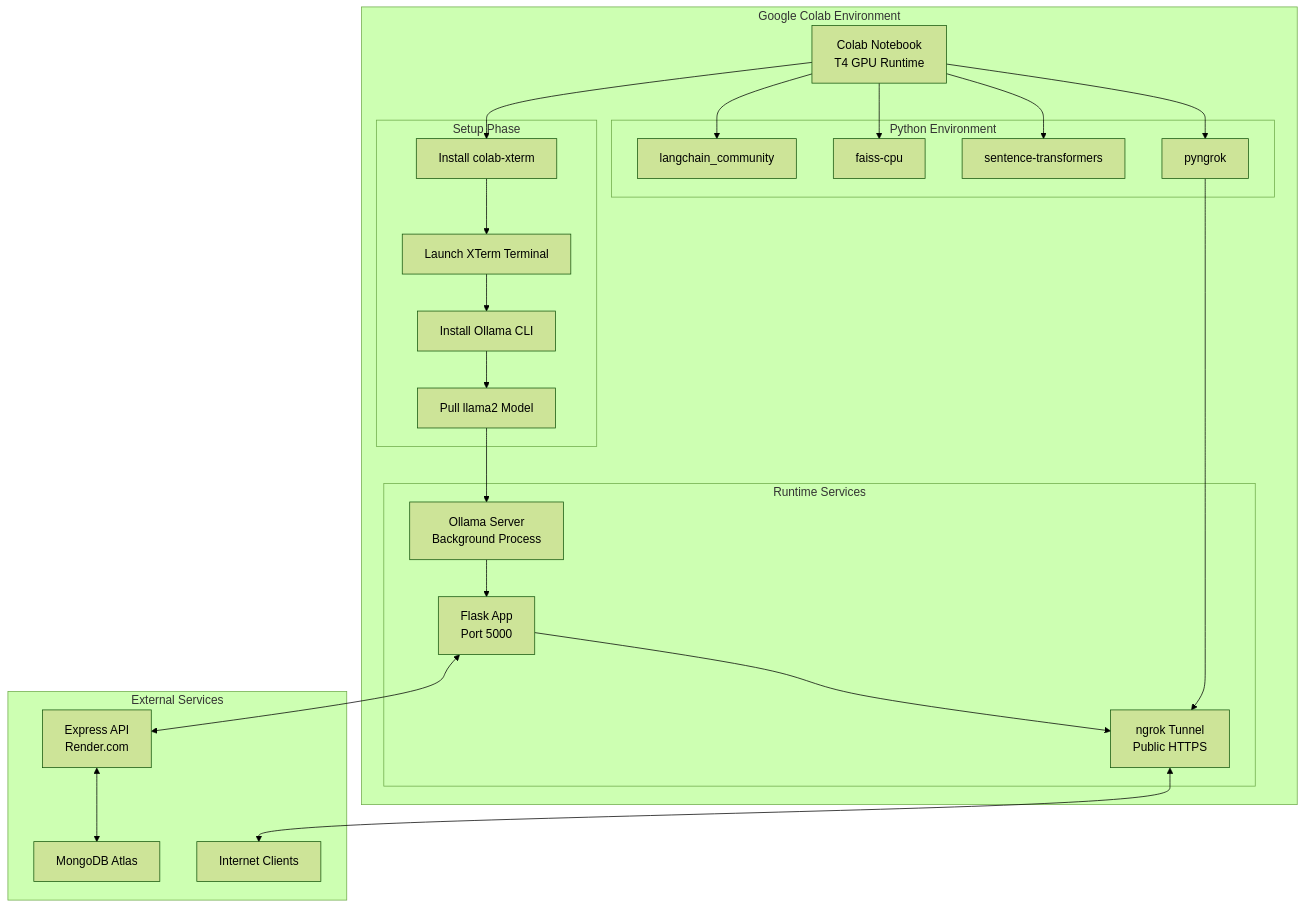
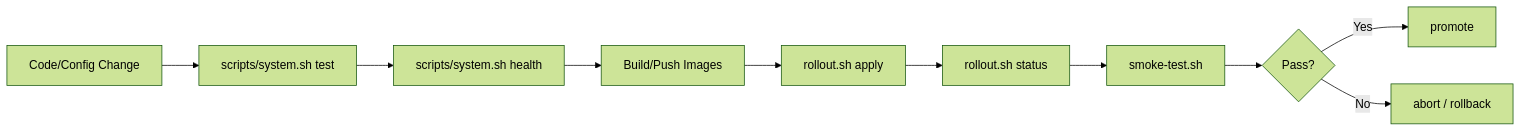
One commit to yamposskype/AI-RAG-LangChain changed the eighth of 10 diagrams in README.md. Above: the diagram before and after it, drawn with Mermaid (forest theme). The commit also changed other lines of this file and 164 other files, not shown here.

````diff
--- a/README.md
+++ b/README.md
@@ -1113,47 +549,12 @@
 ```mermaid
-graph TB
-    subgraph "Google Colab Environment"
-        A[Colab Notebook<br/>T4 GPU Runtime]
-
-        subgraph "Setup Phase"
-            B[Install colab-xterm]
-            C[Launch XTerm Terminal]
-            D[Install Ollama CLI]
-            E[Pull llama2 Model]
-        end
-
-        subgraph "Runtime Services"
-            F[Ollama Server<br/>Background Process]
-            G[Flask App<br/>Port 5000]
-            H[ngrok Tunnel<br/>Public HTTPS]
-        end
-
-        subgraph "Python Environment"
-            I[langchain_community]
-            J[faiss-cpu]
-            K[sentence-transformers]
-            L[pyngrok]
-        end
-
-        A --> B --> C --> D --> E
-        E --> F
-        A --> I
-        A --> J
-        A --> K
-        A --> L
-
-        F --> G
-        G --> H
-        L --> H
-    end
-
-    subgraph "External Services"
-        M[Express API<br/>Render.com]
-        N[MongoDB Atlas]
-        O[Internet Clients]
-    end
-
-    H <--> O
-    G <--> M
-    M <--> N
+flowchart LR
+    A[Code/Config Change] --> B[scripts/system.sh test]
+    B --> C[scripts/system.sh health]
+    C --> D[Build/Push Images]
+    D --> E[rollout.sh apply]
+    E --> F[rollout.sh status]
+    F --> G[smoke-test.sh]
+    G --> H{Pass?}
+    H -->|Yes| I[promote]
+    H -->|No| J[abort / rollback]
 ```
````
